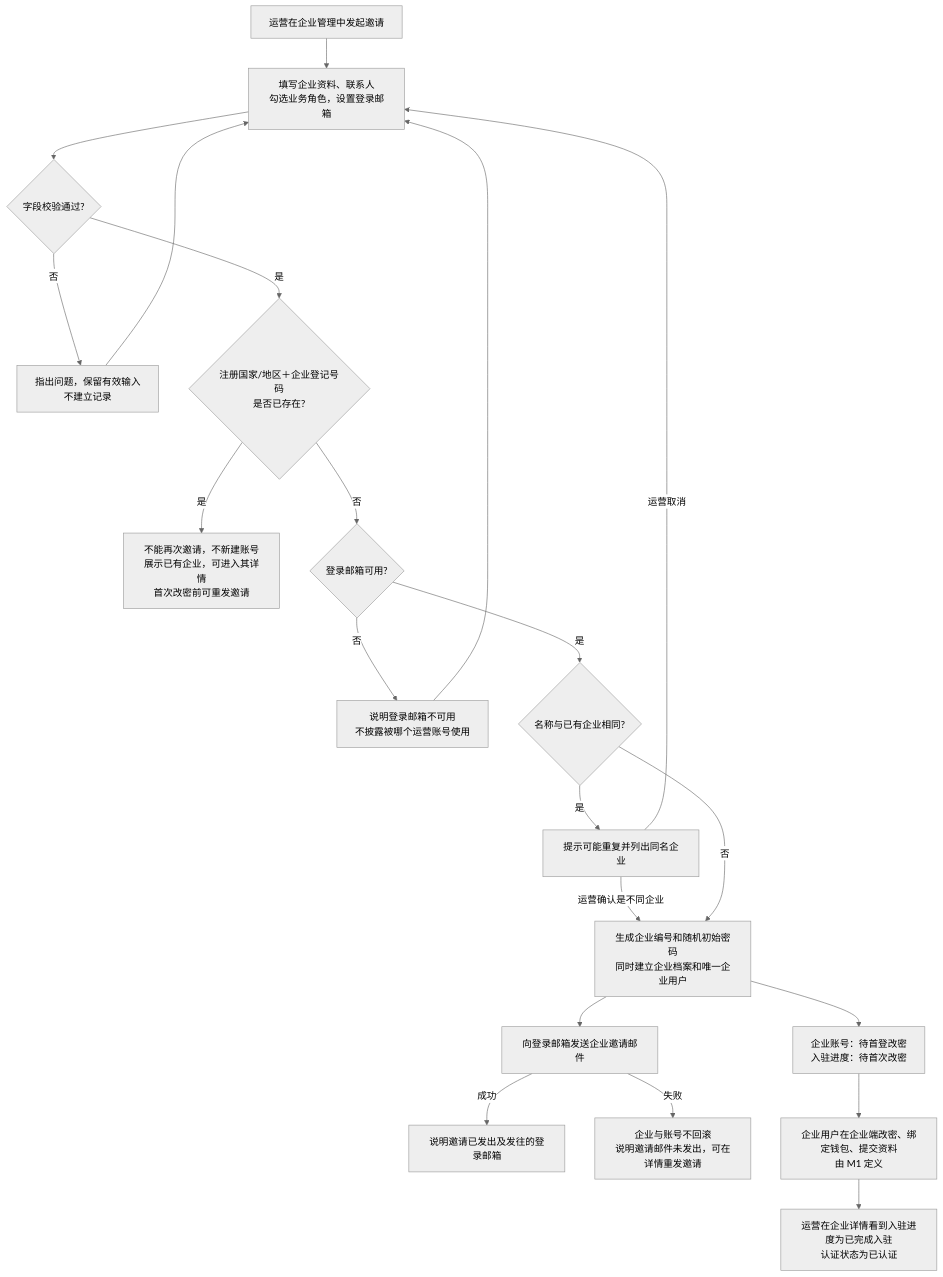
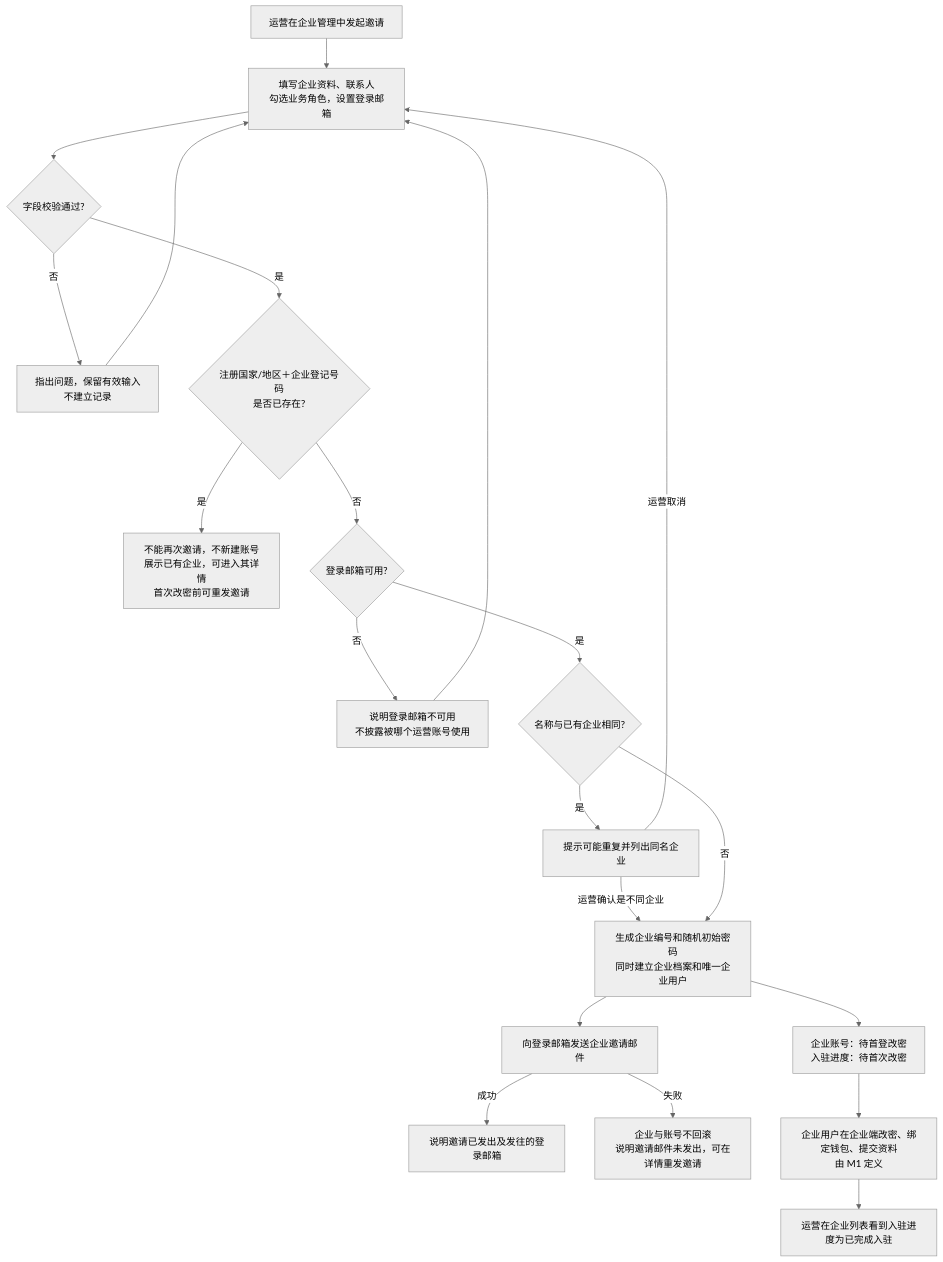
One commit to wxblockchain/Chain-Financing changed the third of 7 diagrams in asset-trust-platform/PRD/运营端/M2-运营登录与企业管理/02-运营登录与企业管理-流程图与状态机.md. Above: the diagram before and after it, drawn with Mermaid (neutral theme). The commit also changed other lines of this file and 3 other files, not shown here.

````diff
--- a/asset-trust-platform/PRD/运营端/M2-运营登录与企业管理/02-运营登录与企业管理-流程图与状态机.md
+++ b/asset-trust-platform/PRD/运营端/M2-运营登录与企业管理/02-运营登录与企业管理-流程图与状态机.md
@@ -90,23 +93,23 @@
 ```mermaid
 flowchart TD
     A[运营在企业管理中发起邀请] --> B[填写企业资料、联系人<br/>勾选业务角色，设置登录邮箱]
     B --> C{字段校验通过?}
     C -->|否| C1[指出问题，保留有效输入<br/>不建立记录]
     C1 --> B
     C -->|是| D{注册国家/地区＋企业登记号码<br/>是否已存在?}
     D -->|是| D1[不能再次邀请，不新建账号<br/>展示已有企业，可进入其详情<br/>首次改密前可重发邀请]
     D -->|否| E{登录邮箱可用?}
     E -->|否| E1[说明登录邮箱不可用<br/>不披露被哪个运营账号使用]
     E1 --> B
     E -->|是| F{名称与已有企业相同?}
     F -->|是| F1[提示可能重复并列出同名企业]
     F1 -->|运营取消| B
     F1 -->|运营确认是不同企业| G
     F -->|否| G[生成企业编号和随机初始密码<br/>同时建立企业档案和唯一企业用户]
     G --> G1[企业账号：待首登改密<br/>入驻进度：待首次改密]
     G --> H[向登录邮箱发送企业邀请邮件]
     H -->|成功| H1[说明邀请已发出及发往的登录邮箱]
     H -->|失败| H2[企业与账号不回滚<br/>说明邀请邮件未发出，可在详情重发邀请]
     G1 --> I[企业用户在企业端改密、绑定钱包、提交资料<br/>由 M1 定义]
-    I --> J[运营在企业详情看到入驻进度为已完成入驻<br/>认证状态为已认证]
+    I --> J[运营在企业列表看到入驻进度为已完成入驻]
 ```
````
